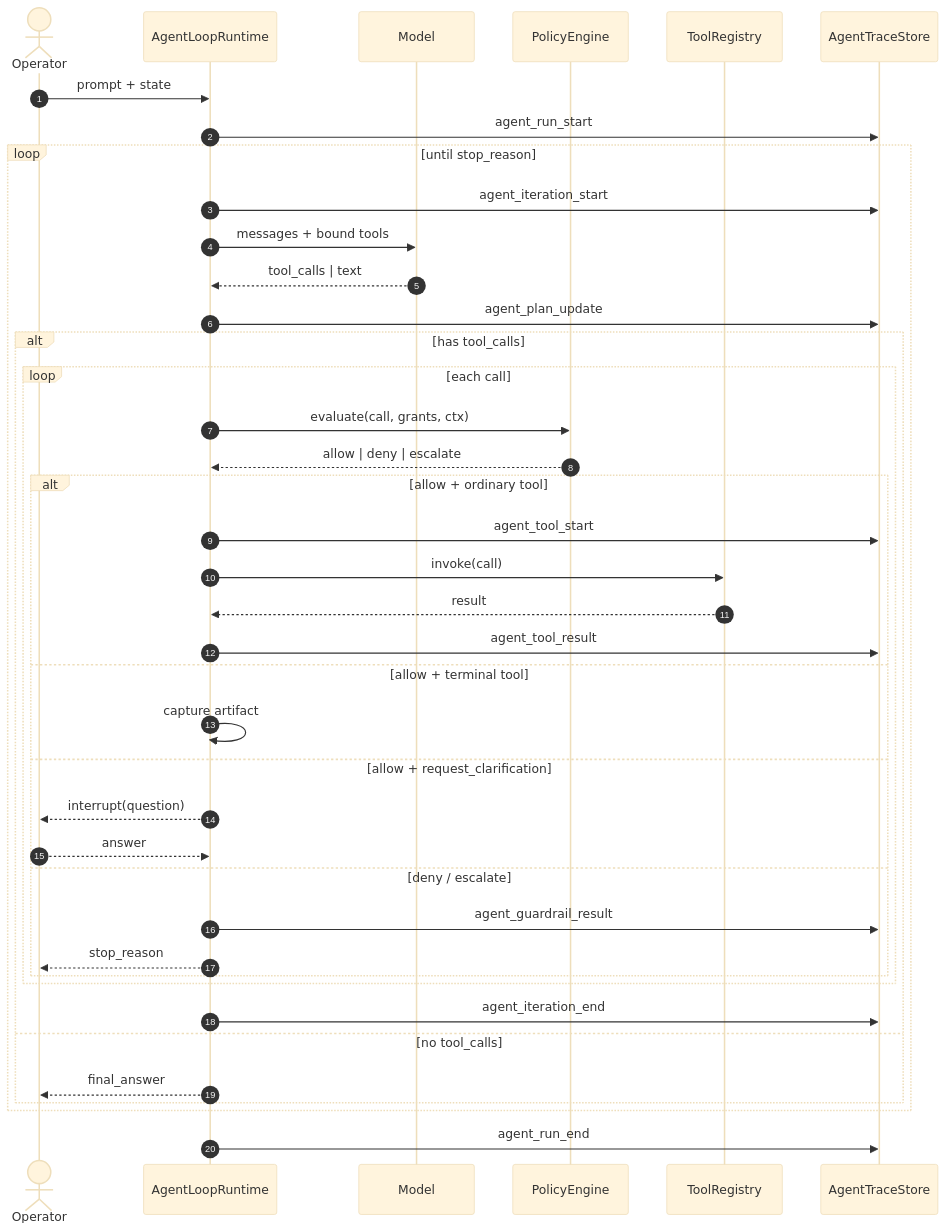
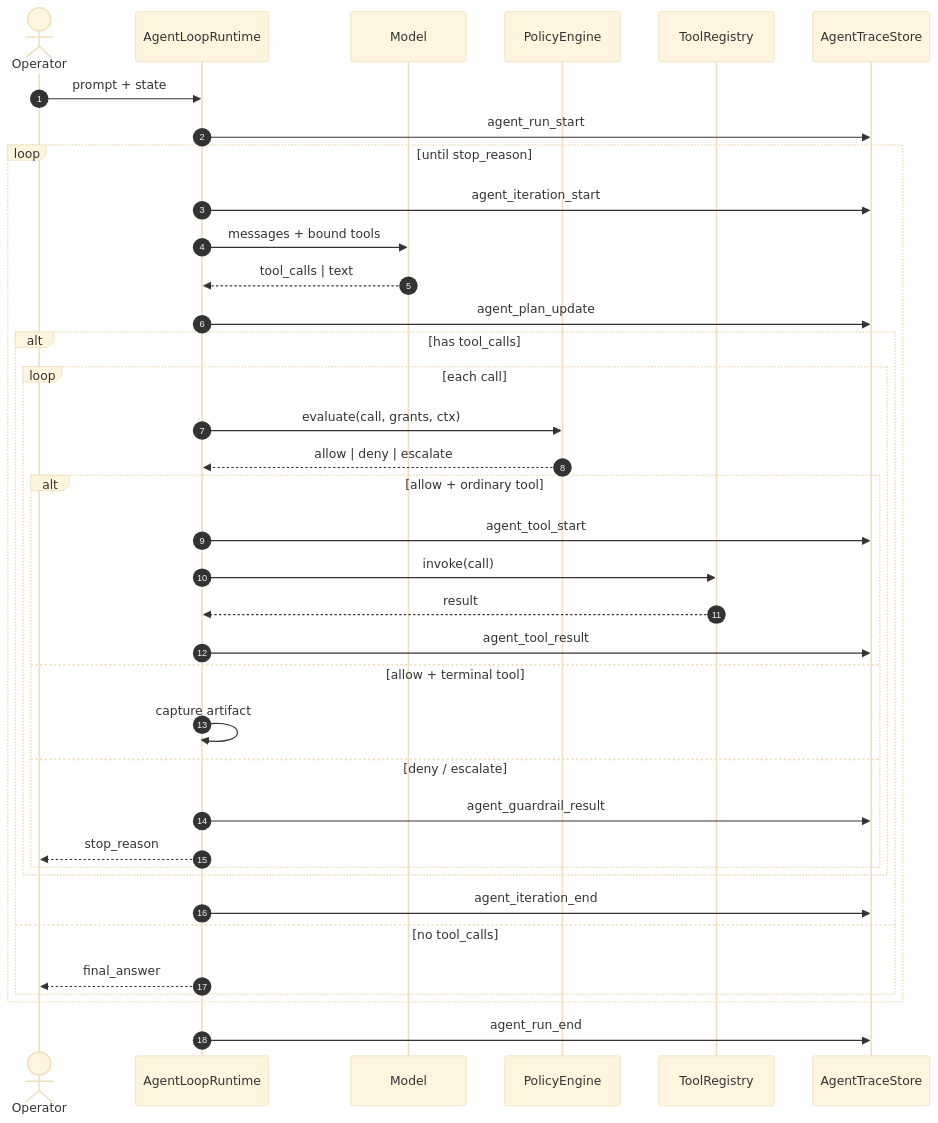
Before and after one commit to vardan6/uxv-agent: the fourth of 8 diagrams in docs/components/ai-agent/design/graph-spec.md, drawn with Mermaid (base theme). The commit also changed other lines of this file and 42 other files, not shown here.

````diff
--- a/docs/components/ai-agent/design/graph-spec.md
+++ b/docs/components/ai-agent/design/graph-spec.md
@@ -178,46 +173,43 @@
 ```mermaid
 sequenceDiagram
     autonumber
     actor OP as Operator
     participant L as AgentLoopRuntime
     participant M as Model
     participant P as PolicyEngine
     participant R as ToolRegistry
     participant X as AgentTraceStore
 
     OP->>L: prompt + state
     L->>X: agent_run_start
 
     loop until stop_reason
       L->>X: agent_iteration_start
       L->>M: messages + bound tools
       M-->>L: tool_calls | text
       L->>X: agent_plan_update
 
       alt has tool_calls
         loop each call
           L->>P: evaluate(call, grants, ctx)
           P-->>L: allow | deny | escalate
           alt allow + ordinary tool
             L->>X: agent_tool_start
             L->>R: invoke(call)
             R-->>L: result
             L->>X: agent_tool_result
           else allow + terminal tool
             L->>L: capture artifact
-          else allow + request_clarification
-            L-->>OP: interrupt(question)
-            OP-->>L: answer
           else deny / escalate
             L->>X: agent_guardrail_result
             L-->>OP: stop_reason
           end
         end
         L->>X: agent_iteration_end
       else no tool_calls
         L-->>OP: final_answer
       end
     end
 
     L->>X: agent_run_end
 ```
````
